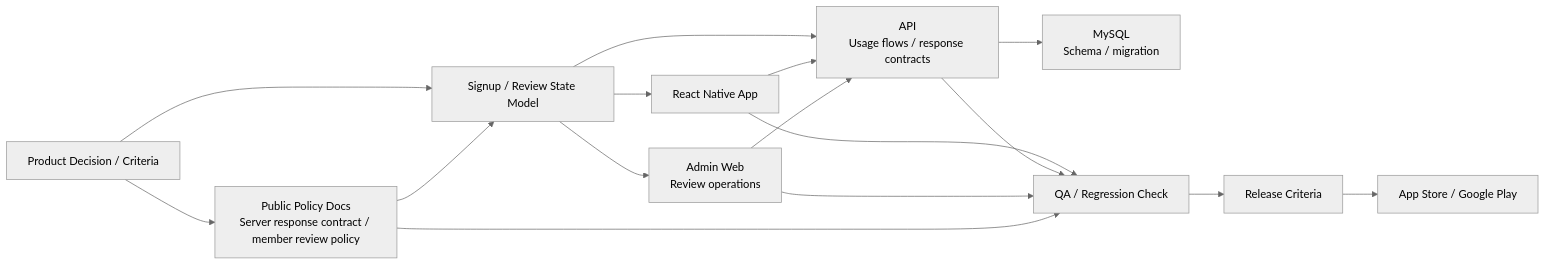
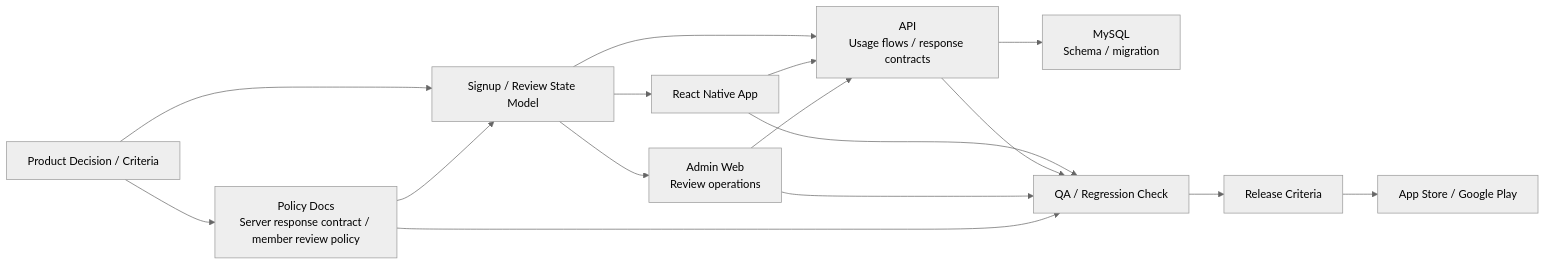
Before and after one commit to zmrdltl/portfolio: the diagram in docs/projects/coupler.en.md, drawn with Mermaid (neutral theme). The commit also changed other lines of this file and 3 other files, not shown here.

````diff
--- a/docs/projects/coupler.en.md
+++ b/docs/projects/coupler.en.md
@@ -27,29 +27,29 @@
 ```mermaid
 flowchart LR
   decision["Product Decision / Criteria"]
-  docs["Public Policy Docs\nServer response contract / member review policy"]
+  docs["Policy Docs\nServer response contract / member review policy"]
   state["Signup / Review State Model"]
   app["React Native App"]
   api["API\nUsage flows / response contracts"]
   admin["Admin Web\nReview operations"]
   db["MySQL\nSchema / migration"]
   qa["QA / Regression Check"]
   release["Release Criteria"]
   stores["App Store / Google Play"]
 
   decision --> docs
   decision --> state
   docs --> state
   state --> app
   state --> api
   state --> admin
   app --> api
   admin --> api
   api --> db
   app --> qa
   api --> qa
   admin --> qa
   docs --> qa
   qa --> release
   release --> stores
 ```
````
